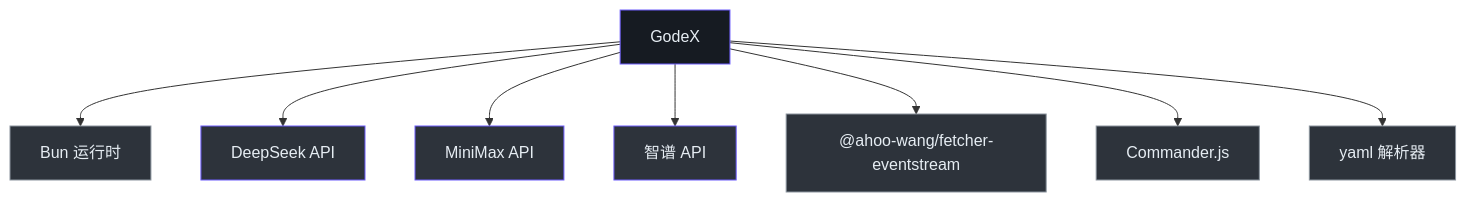
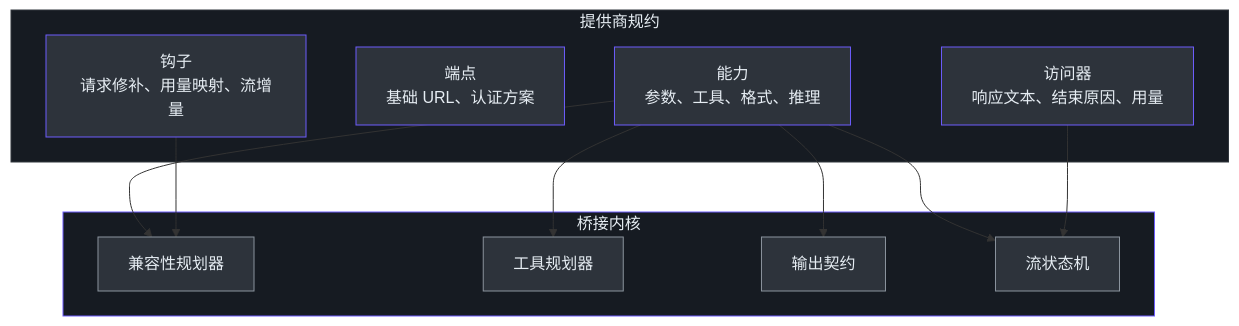
Before and after one commit to zamelee/GodeX: the third of 3 diagrams in wiki/zh/onboarding/executive-guide.md, drawn with Mermaid. The commit also changed other lines of this file and 120 other files, not shown here.

Commit message:
docs: comprehensive VitePress wiki with dark theme, EN/ZH sync, and Mermaid fixes (#118)

````diff
--- a/wiki/zh/onboarding/executive-guide.md
+++ b/wiki/zh/onboarding/executive-guide.md
@@ -104,28 +178,34 @@
 ```mermaid
 graph TB
-  GODEX["GodeX"]
-  BUN["Bun 运行时"]
-  DEEPSEEK["DeepSeek API"]
-  MINIMAX["MiniMax API"]
-  ZHIPU["智谱 API"]
-  FETCHER["@ahoo-wang/fetcher-eventstream"]
-  COMMANDER["Commander.js"]
-  YAML["yaml 解析器"]
+  subgraph ProviderSpec["提供商规约"]
+    CAPS["能力<br>参数、工具、格式、推理"]
+    ENDPOINT["端点<br>基础 URL、认证方案"]
+    HOOKS["钩子<br>请求修补、用量映射、流增量"]
+    ACCESSORS["访问器<br>响应文本、结束原因、用量"]
+  end
 
-  GODEX --> BUN
-  GODEX --> DEEPSEEK
-  GODEX --> MINIMAX
-  GODEX --> ZHIPU
-  GODEX --> FETCHER
-  GODEX --> COMMANDER
-  GODEX --> YAML
+  subgraph BridgeKernel["桥接内核"]
+    COMPAT["兼容性规划器"]
+    TOOLS["工具规划器"]
+    OUTPUT["输出契约"]
+    STREAM["流状态机"]
+  end
 
-  style GODEX fill:#161b22,stroke:#6d5dfc,color:#e6edf3
-  style BUN fill:#2d333b,stroke:#8b949e,color:#e6edf3
-  style DEEPSEEK fill:#2d333b,stroke:#6d5dfc,color:#e6edf3
-  style MINIMAX fill:#2d333b,stroke:#6d5dfc,color:#e6edf3
-  style ZHIPU fill:#2d333b,stroke:#6d5dfc,color:#e6edf3
-  style FETCHER fill:#2d333b,stroke:#8b949e,color:#e6edf3
-  style COMMANDER fill:#2d333b,stroke:#8b949e,color:#e6edf3
-  style YAML fill:#2d333b,stroke:#8b949e,color:#e6edf3
+  CAPS --> COMPAT
+  CAPS --> TOOLS
+  CAPS --> OUTPUT
+  CAPS --> STREAM
+  HOOKS --> COMPAT
+  ACCESSORS --> STREAM
+
+  style ProviderSpec fill:#161b22,stroke:#30363d,color:#e6edf3
+  style BridgeKernel fill:#161b22,stroke:#6d5dfc,color:#e6edf3
+  style CAPS fill:#2d333b,stroke:#6d5dfc,color:#e6edf3
+  style ENDPOINT fill:#2d333b,stroke:#6d5dfc,color:#e6edf3
+  style HOOKS fill:#2d333b,stroke:#6d5dfc,color:#e6edf3
+  style ACCESSORS fill:#2d333b,stroke:#6d5dfc,color:#e6edf3
+  style COMPAT fill:#2d333b,stroke:#8b949e,color:#e6edf3
+  style TOOLS fill:#2d333b,stroke:#8b949e,color:#e6edf3
+  style OUTPUT fill:#2d333b,stroke:#8b949e,color:#e6edf3
+  style STREAM fill:#2d333b,stroke:#8b949e,color:#e6edf3
 ```
````
